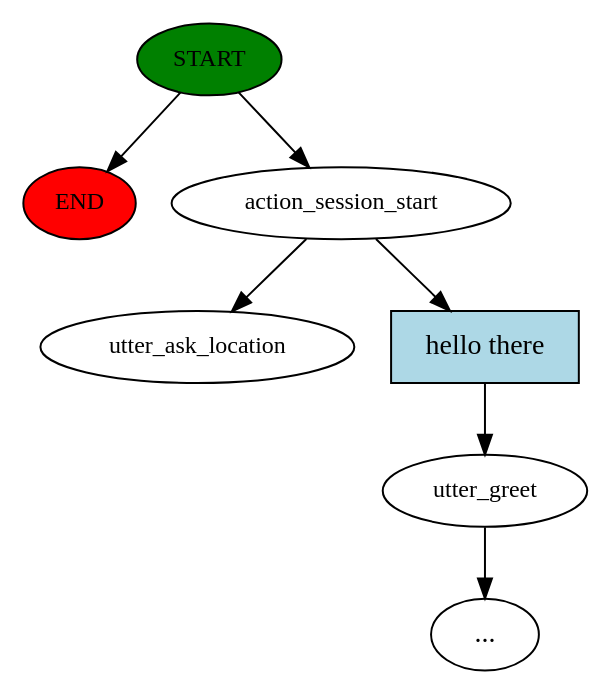
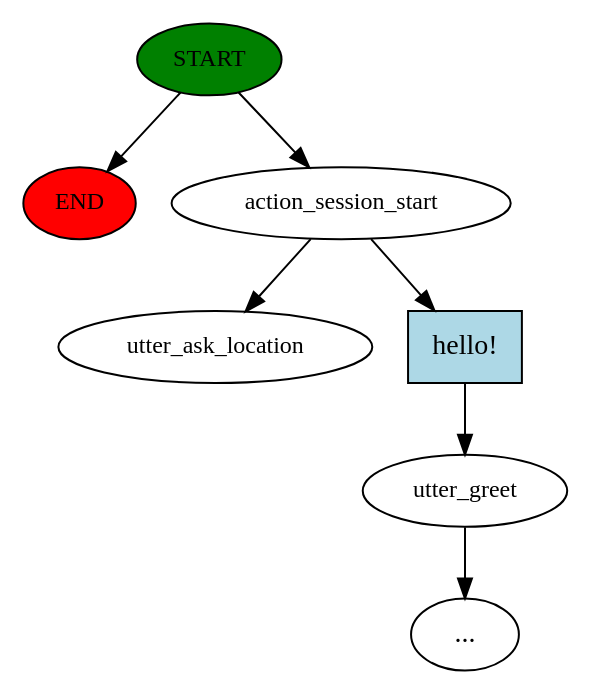
Before and after one commit to devasci/rasa_casestudy: the diagram in story_graph.dot, drawn with Graphviz. The commit also changed 18 other files, not shown here.

```diff
--- a/story_graph.dot
+++ b/story_graph.dot
@@ -1,15 +1,15 @@
 digraph  {
 0 [class="start active", fillcolor=green, fontsize=12, label=START, style=filled];
 "-1" [class=end, fillcolor=red, fontsize=12, label=END, style=filled];
 1 [class=active, fontsize=12, label=action_session_start];
 2 [class="", fontsize=12, label=utter_greet];
-"-5" [class=ellipsis, label="..."];
-8 [class="dashed active", fontsize=12, label=utter_ask_location];
-9 [class=intent, fillcolor=lightblue, label="hello there", shape=rect, style=filled];
+"-3" [class=ellipsis, label="..."];
+4 [class="dashed active", fontsize=12, label=utter_ask_location];
+5 [class=intent, fillcolor=lightblue, label="hello!", shape=rect, style=filled];
 0 -> "-1"  [class="", key=NONE, label=""];
 0 -> 1  [class=active, key=NONE, label=""];
-1 -> 8  [class=active, key=NONE, label=""];
-1 -> 9  [class="", key=0];
-2 -> "-5"  [class="", key=NONE, label=""];
-9 -> 2  [class="", key=0];
+1 -> 4  [class=active, key=NONE, label=""];
+1 -> 5  [class="", key=0];
+2 -> "-3"  [class="", key=NONE, label=""];
+5 -> 2  [class="", key=0];
 }
```
